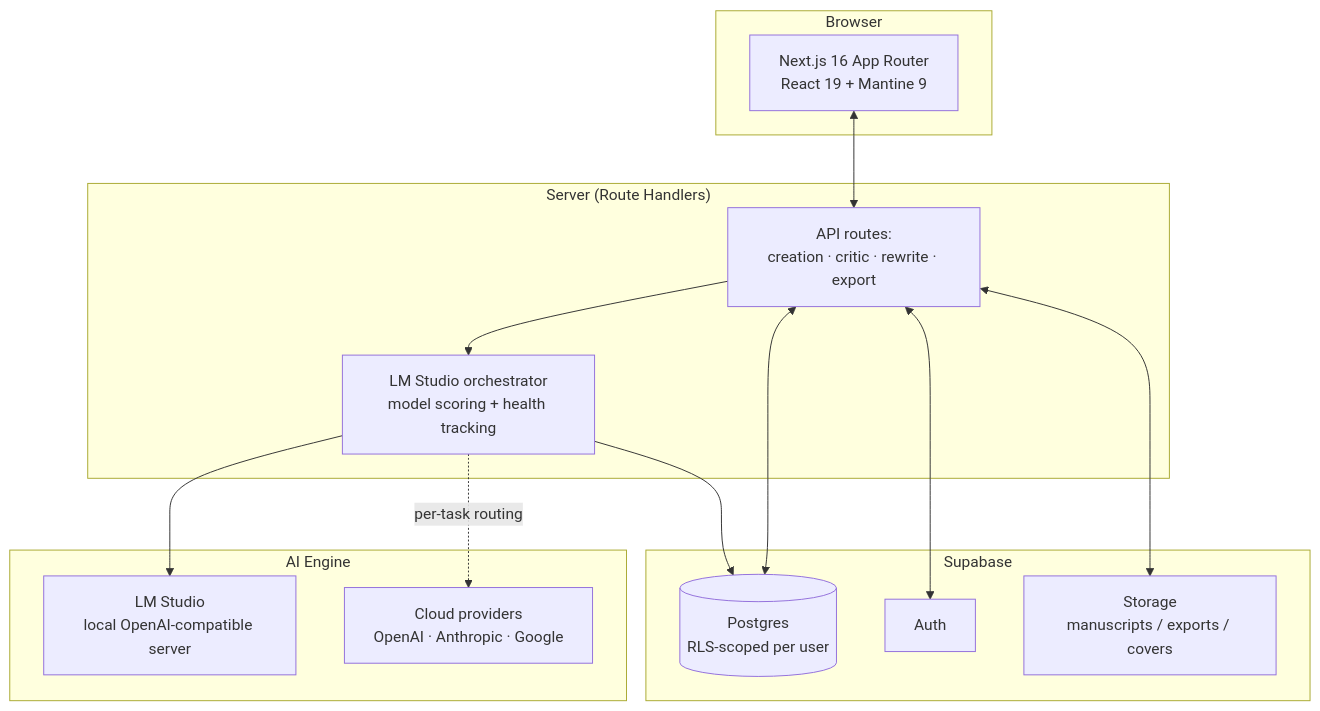
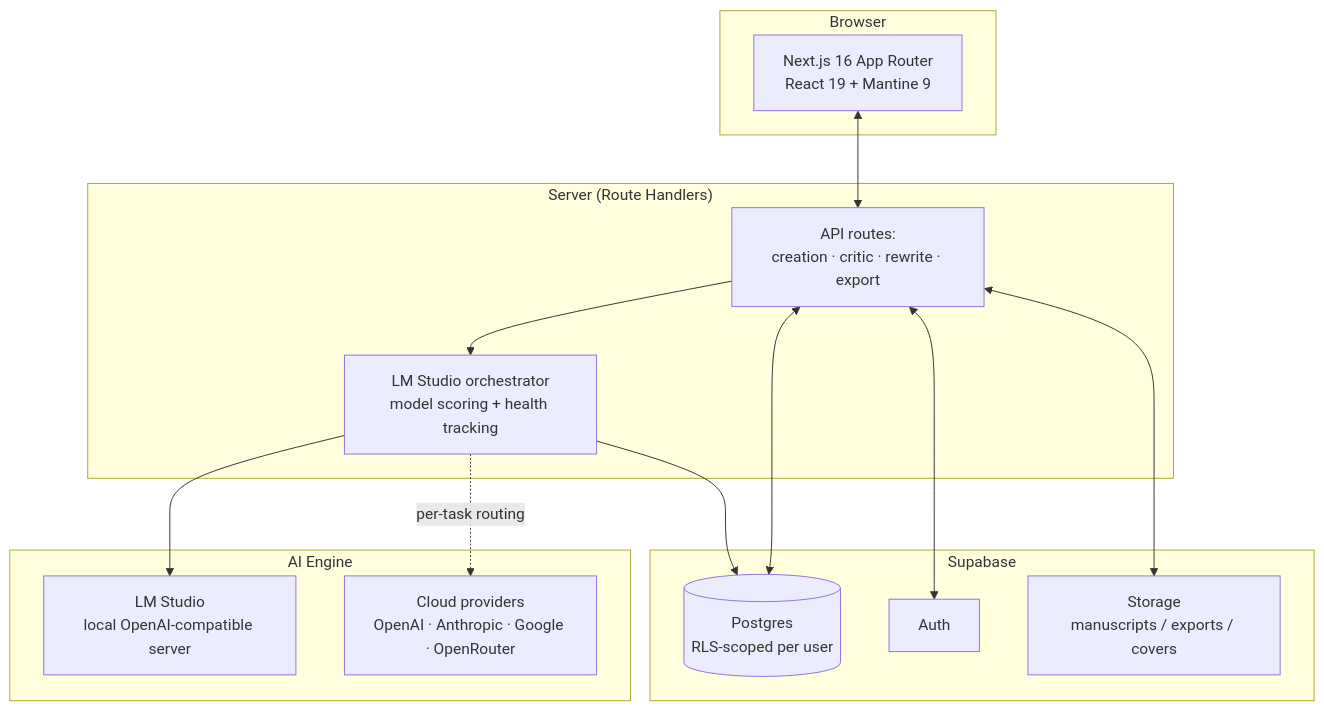
Before and after one commit to ricardojjulia/BookForge: the second of 3 diagrams in README.md, drawn with Mermaid. The commit also changed other lines of this file and 23 other files, not shown here.

First line of the commit message:
v0.4.0: OpenRouter provider, per-task model routing, rewrite reliability

````diff
--- a/README.md
+++ b/README.md
@@ -74,28 +79,28 @@
 ```mermaid
 flowchart TB
     subgraph Client["Browser"]
         UI[Next.js 16 App Router<br/>React 19 + Mantine 9]
     end
     subgraph Server["Server (Route Handlers)"]
         API[API routes:<br/>creation · critic · rewrite · export]
         Orch[LM Studio orchestrator<br/>model scoring + health tracking]
     end
     subgraph Data["Supabase"]
         PG[(Postgres<br/>RLS-scoped per user)]
         Auth[Auth]
         Storage[Storage<br/>manuscripts / exports / covers]
     end
     subgraph AI["AI Engine"]
         LMS[LM Studio<br/>local OpenAI-compatible server]
-        Cloud[Cloud providers<br/>OpenAI · Anthropic · Google]
+        Cloud[Cloud providers<br/>OpenAI · Anthropic · Google · OpenRouter]
     end
 
     UI <--> API
     API --> Orch
     Orch --> LMS
     Orch -.per-task routing.-> Cloud
     API <--> PG
     API <--> Auth
     API <--> Storage
     Orch --> PG
 ```
````
